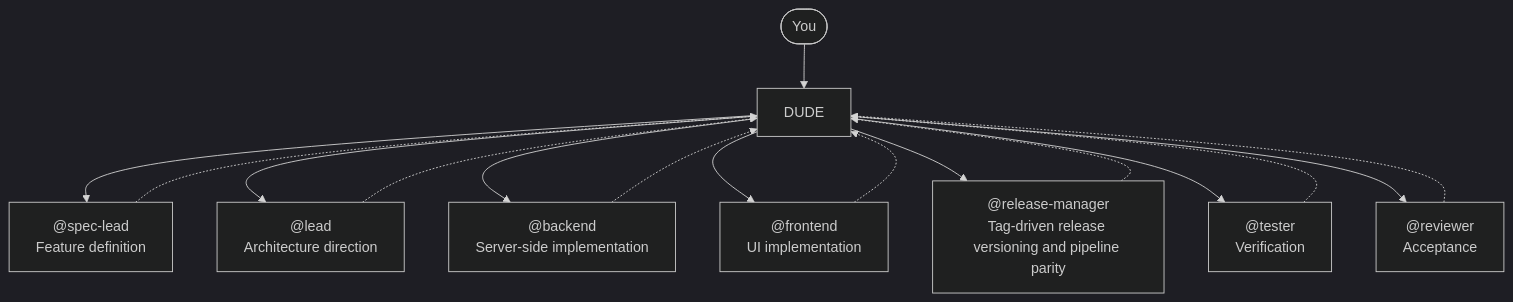
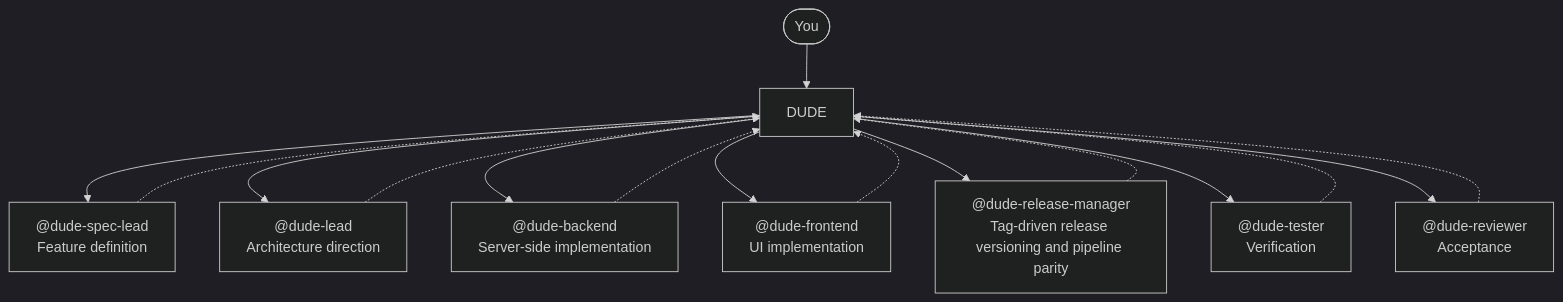
The third of 3 diagrams in docs/reference.md (E-G-C/dude), drawn with Mermaid (dark theme) before and after one commit. The commit also changed other lines of this file and 79 other files, not shown here.

Commit message:
chore: add manifest-driven dude bundle upgrade workflow

````diff
--- a/docs/reference.md
+++ b/docs/reference.md
@@ -220,18 +220,18 @@
 ```mermaid
 graph TB
     USER(["You"]) --> DUDE
-    DUDE --> SPEC["@spec-lead\nFeature definition"]
-    DUDE --> LEAD["@lead\nArchitecture direction"]
-    DUDE --> BACKEND["@backend\nServer-side implementation"]
-    DUDE --> FRONTEND["@frontend\nUI implementation"]
-    DUDE --> RELEASE["@release-manager\nTag-driven release versioning and pipeline parity"]
-    DUDE --> TESTER["@tester\nVerification"]
-    DUDE --> REVIEWER["@reviewer\nAcceptance"]
+    DUDE --> SPEC["@dude-spec-lead\nFeature definition"]
+    DUDE --> LEAD["@dude-lead\nArchitecture direction"]
+    DUDE --> BACKEND["@dude-backend\nServer-side implementation"]
+    DUDE --> FRONTEND["@dude-frontend\nUI implementation"]
+    DUDE --> RELEASE["@dude-release-manager\nTag-driven release versioning and pipeline parity"]
+    DUDE --> TESTER["@dude-tester\nVerification"]
+    DUDE --> REVIEWER["@dude-reviewer\nAcceptance"]
     SPEC -.-> DUDE
     LEAD -.-> DUDE
     BACKEND -.-> DUDE
     FRONTEND -.-> DUDE
     RELEASE -.-> DUDE
     TESTER -.-> DUDE
     REVIEWER -.-> DUDE
 ```
````
